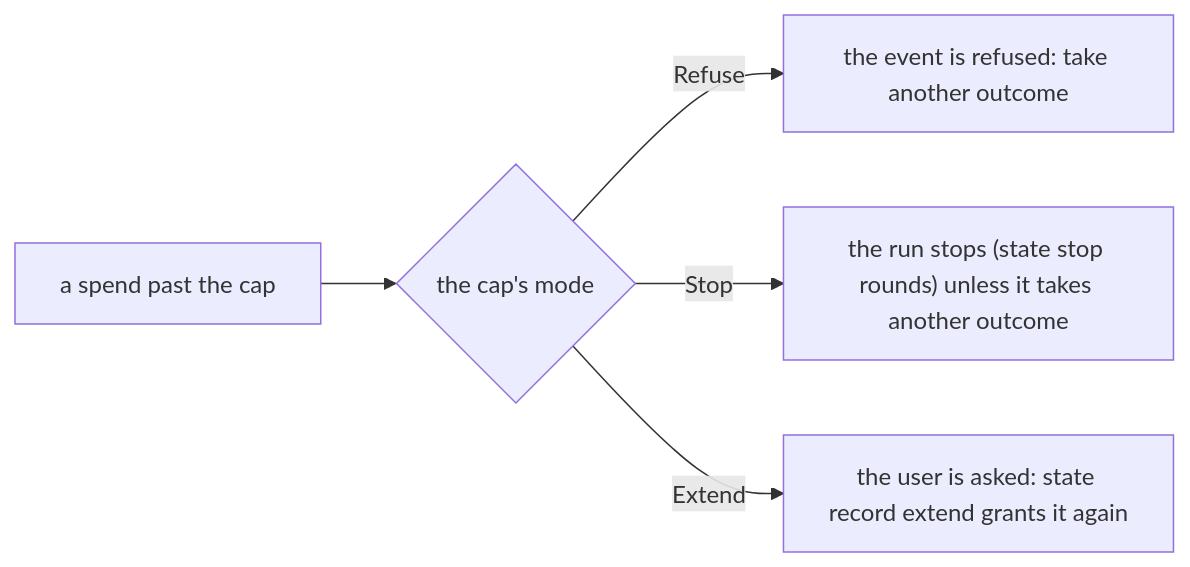
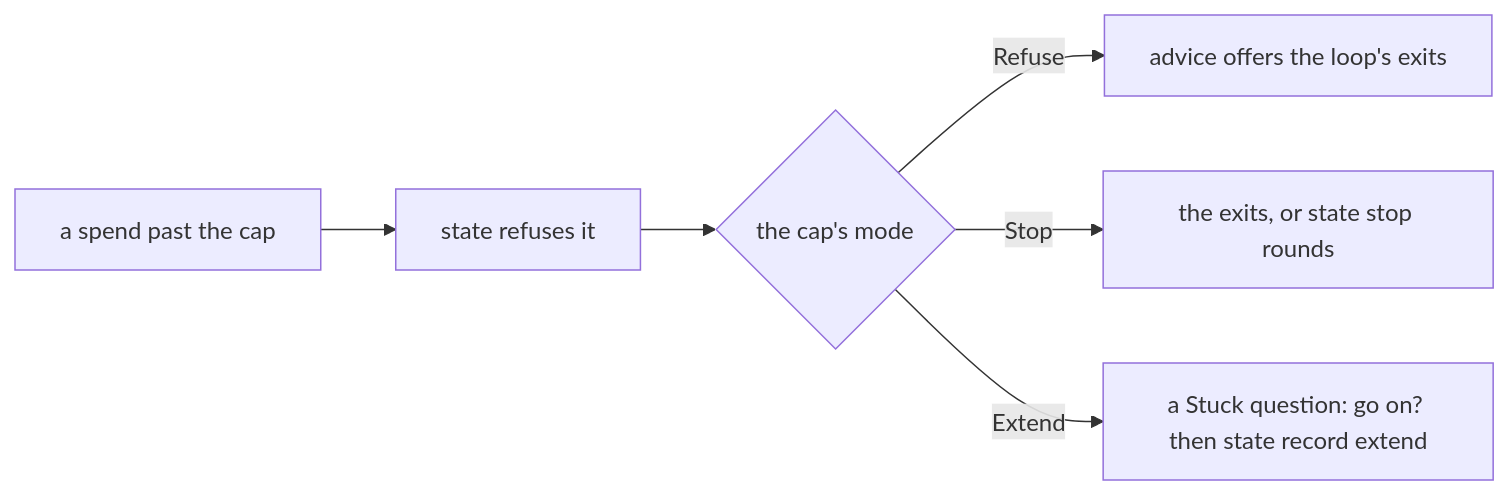
One commit to ILIYANGERMANOV/nixos changed the first of 2 diagrams in docs/harness/GUARDRAILS.md. Above: the diagram before and after it, drawn with Mermaid. The commit also changed other lines of this file and 27 other files, not shown here.

````diff
--- a/docs/harness/GUARDRAILS.md
+++ b/docs/harness/GUARDRAILS.md
@@ -18,7 +19,8 @@
 ```mermaid
 flowchart LR
-  spend["a spend past the cap"] --> kind{"the cap's mode"}
-  kind -->|"Refuse"| refuse["the event is refused: take another outcome"]
-  kind -->|"Stop"| stop["the run stops (state stop rounds) unless it takes another outcome"]
-  kind -->|"Extend"| extend["the user is asked: state record extend grants it again"]
+  spend["a spend past the cap"] --> refused["state refuses it"]
+  refused --> kind{"the cap's mode"}
+  kind -->|"Refuse"| refuse["advice offers the loop's exits"]
+  kind -->|"Stop"| stop["the exits, or state stop rounds"]
+  kind -->|"Extend"| extend["a Stuck question: go on? then state record extend"]
 ```
````
